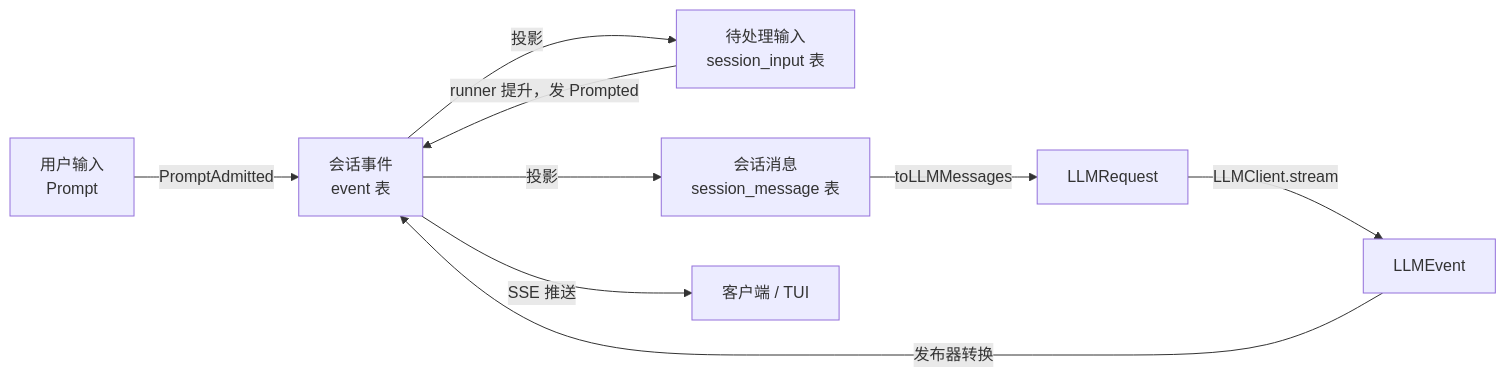
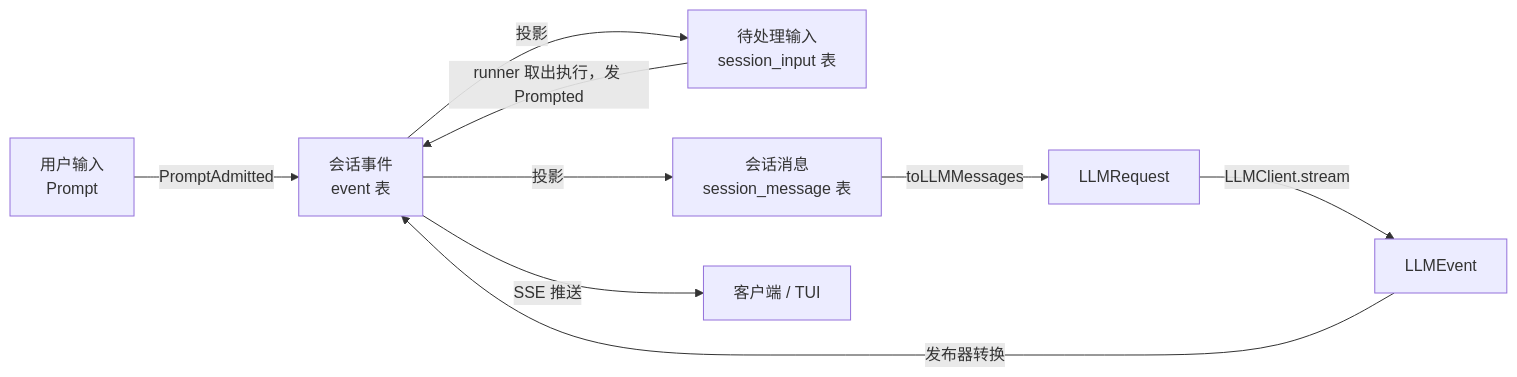
Before and after one commit to nickqiaoo/nickqiaoo.github.io: the second of 18 diagrams in src/content/post/agents-opencode/index.md, drawn with Mermaid. The commit also changed other lines of this file and 3 other files, not shown here.

Commit message:
Clarify OpenCode v2 execution and permission architecture

````diff
--- a/src/content/post/agents-opencode/index.md
+++ b/src/content/post/agents-opencode/index.md
@@ -55,11 +43,11 @@
 ```mermaid
 graph LR
   P["用户输入<br/>Prompt"] -->|"PromptAdmitted"| EV["会话事件<br/>event 表"]
   EV -->|"投影"| IN["待处理输入<br/>session_input 表"]
-  IN -->|"runner 提升，发 Prompted"| EV
+  IN -->|"runner 取出执行，发 Prompted"| EV
   EV -->|"投影"| MSG["会话消息<br/>session_message 表"]
   MSG -->|"toLLMMessages"| REQ["LLMRequest"]
   REQ -->|"LLMClient.stream"| LE["LLMEvent"]
   LE -->|"发布器转换"| EV
   EV -->|"SSE 推送"| APP["客户端 / TUI"]
 ```
````
